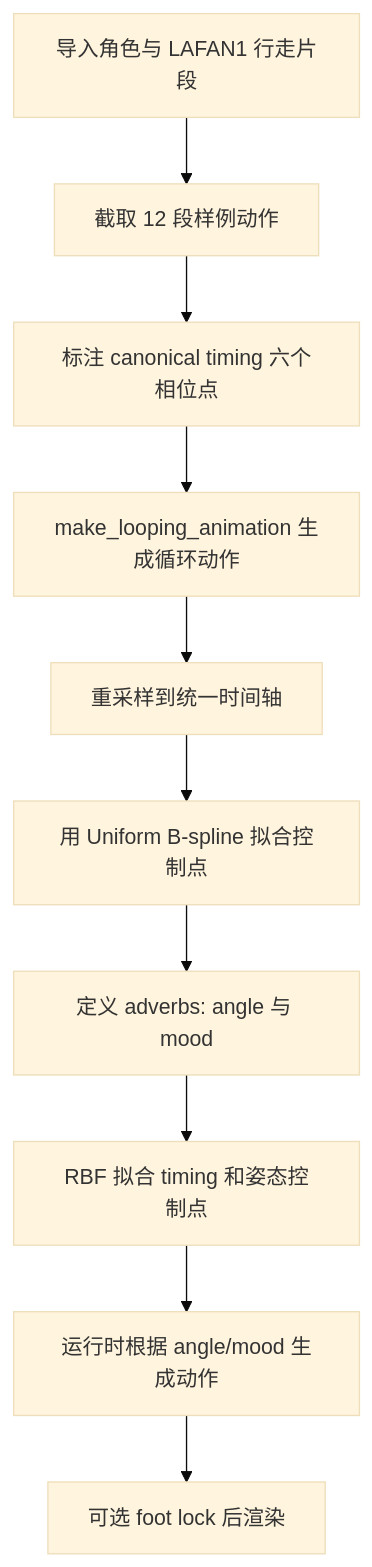
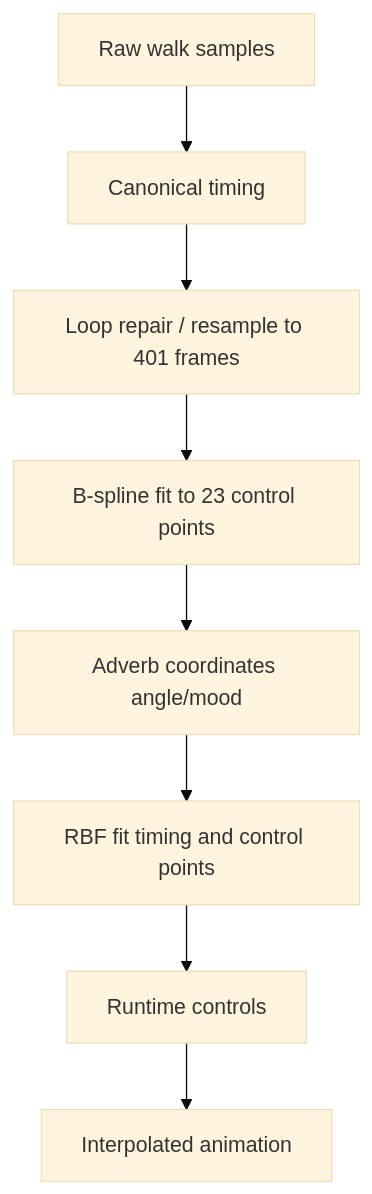
The first of 5 diagrams in docs/blog/AnimationPapers/verbs_and_adverbs/README.md (EvihGraphics/AnimationTech-HTC), drawn with Mermaid (base theme) before and after one commit. The commit also changed other lines of this file and 319 other files, not shown here.

````diff
--- a/docs/blog/AnimationPapers/verbs_and_adverbs/README.md
+++ b/docs/blog/AnimationPapers/verbs_and_adverbs/README.md
@@ -21,12 +27,10 @@
 ```mermaid
 flowchart TD
-    A[导入角色与 LAFAN1 行走片段] --> B[截取 12 段样例动作]
-    B --> C[标注 canonical timing 六个相位点]
-    C --> D[make_looping_animation 生成循环动作]
-    D --> E[重采样到统一时间轴]
-    E --> F[用 Uniform B-spline 拟合控制点]
-    F --> G[定义 adverbs: angle 与 mood]
-    G --> H[RBF 拟合 timing 和姿态控制点]
-    H --> I[运行时根据 angle/mood 生成动作]
-    I --> J[可选 foot lock 后渲染]
+    A[Raw walk samples] --> B[Canonical timing]
+    B --> C[Loop repair / resample to 401 frames]
+    C --> D[B-spline fit to 23 control points]
+    D --> E[Adverb coordinates angle/mood]
+    E --> F[RBF fit timing and control points]
+    F --> G[Runtime controls]
+    G --> H[Interpolated animation]
 ```
````
